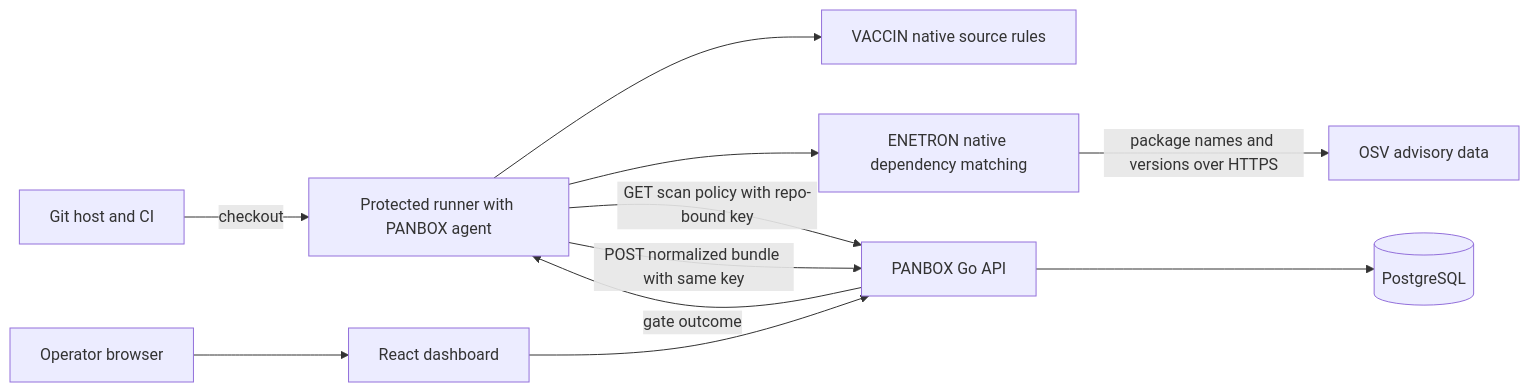
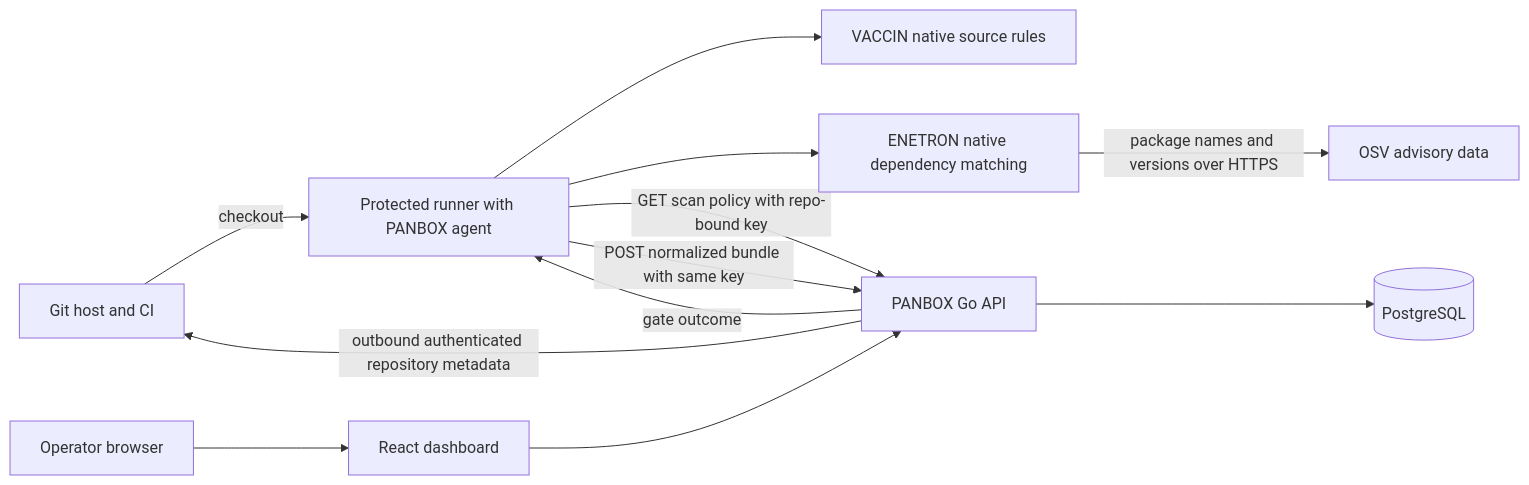
Before and after one commit to alterwriter/PANBOX: the diagram in README.md, drawn with Mermaid. The commit also changed other lines of this file and 18 other files, not shown here.

````diff
--- a/README.md
+++ b/README.md
@@ -11,13 +11,14 @@
 ```mermaid
 flowchart LR
     SCM[Git host and CI] -->|checkout| AGENT[Protected runner with PANBOX agent]
+    API -->|outbound authenticated repository metadata| SCM
     AGENT --> V[VACCIN native source rules]
     AGENT --> E[ENETRON native dependency matching]
     E -->|package names and versions over HTTPS| OSV[OSV advisory data]
     AGENT -->|GET scan policy with repo-bound key| API[PANBOX Go API]
     AGENT -->|POST normalized bundle with same key| API
     API --> DB[(PostgreSQL)]
     BROWSER[Operator browser] --> UI[React dashboard]
     UI --> API
     API -->|gate outcome| AGENT
 ```
````
